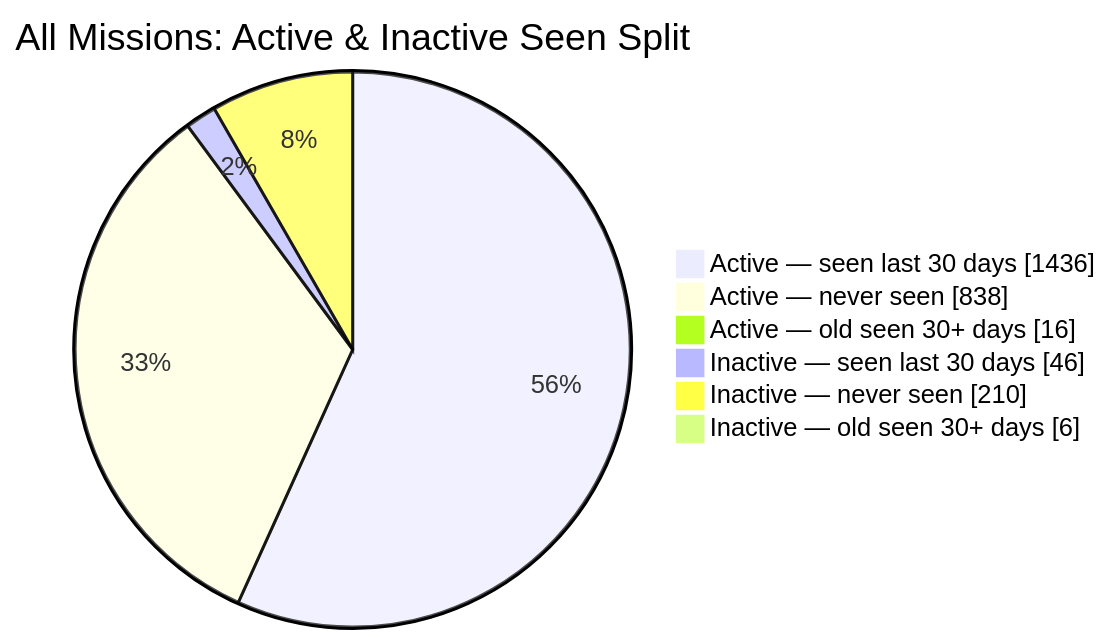
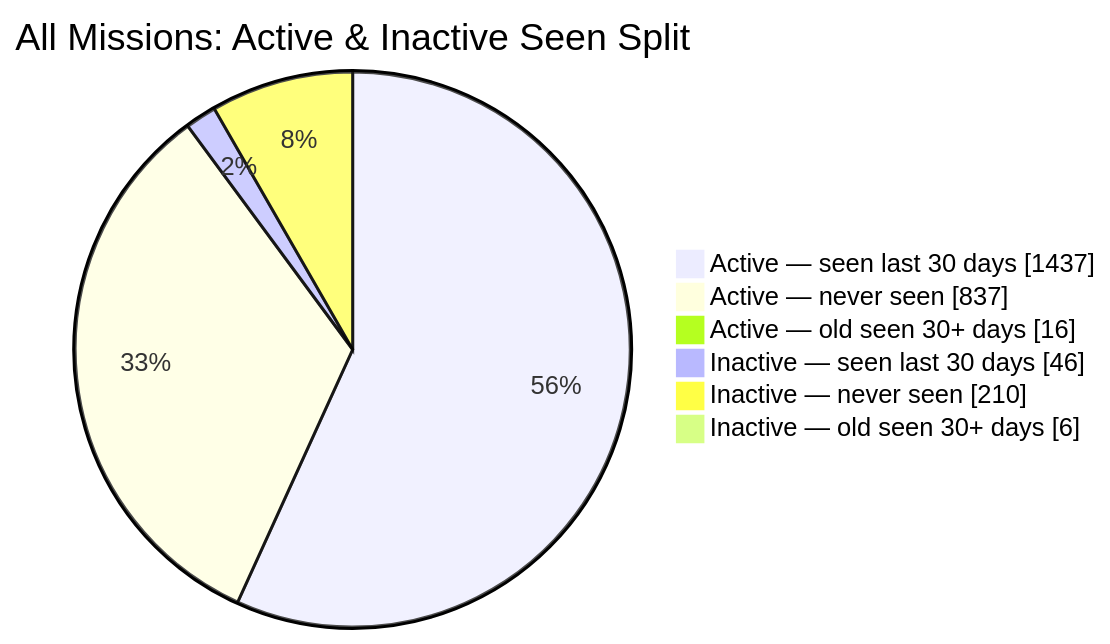
Before and after one commit to MeldkamerspelGameTeam/active-missions: the second of 2 diagrams in README.md, drawn with Mermaid. The commit also changed other lines of this file and 2 other files, not shown here.

````diff
--- a/README.md
+++ b/README.md
@@ -44,10 +44,10 @@
 ```mermaid
 pie showData
     title All Missions: Active & Inactive Seen Split
-    "Active — seen last 30 days" : 1436
-    "Active — never seen" : 838
+    "Active — seen last 30 days" : 1437
+    "Active — never seen" : 837
     "Active — old seen 30+ days" : 16
     "Inactive — seen last 30 days" : 46
     "Inactive — never seen" : 210
     "Inactive — old seen 30+ days" : 6
 ```
````
